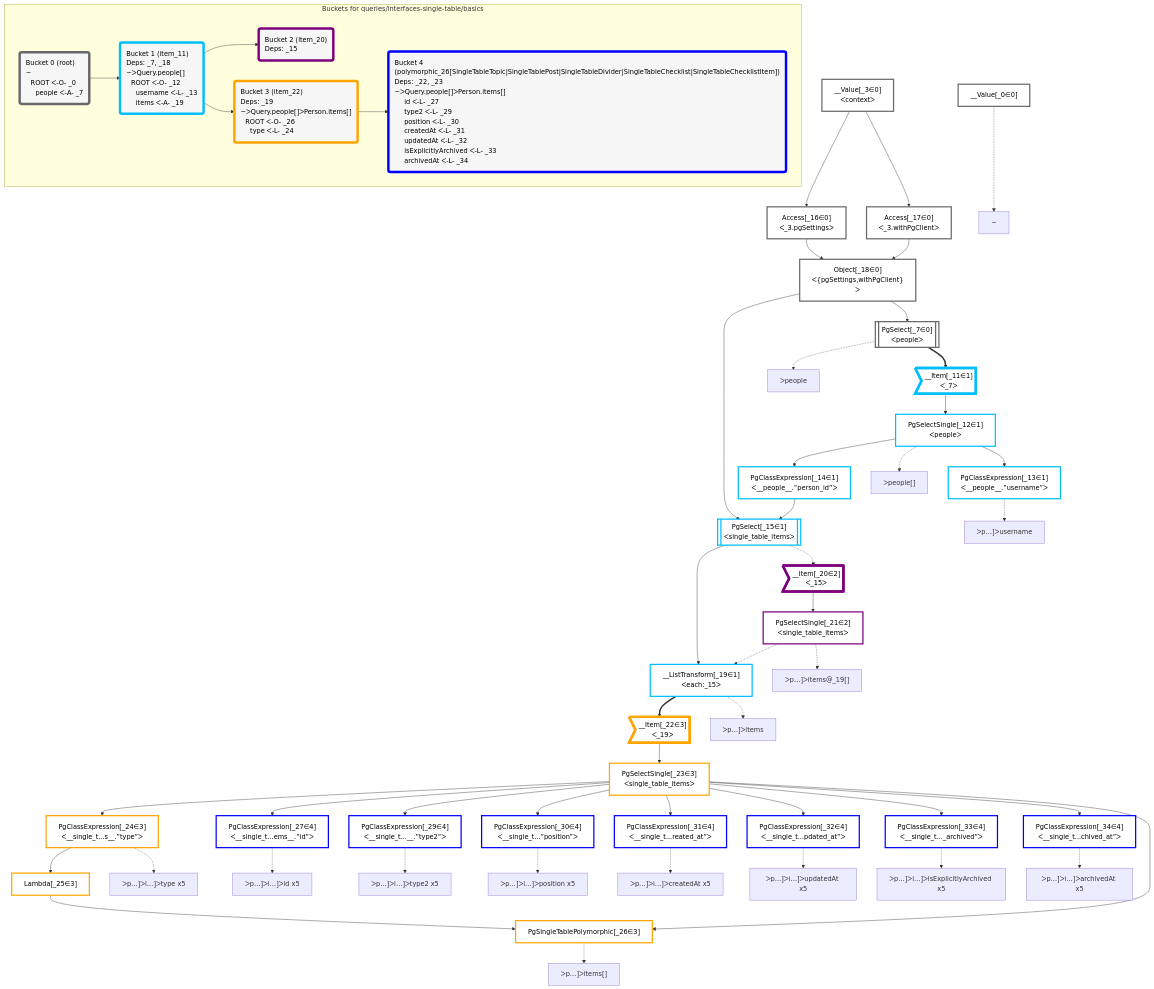
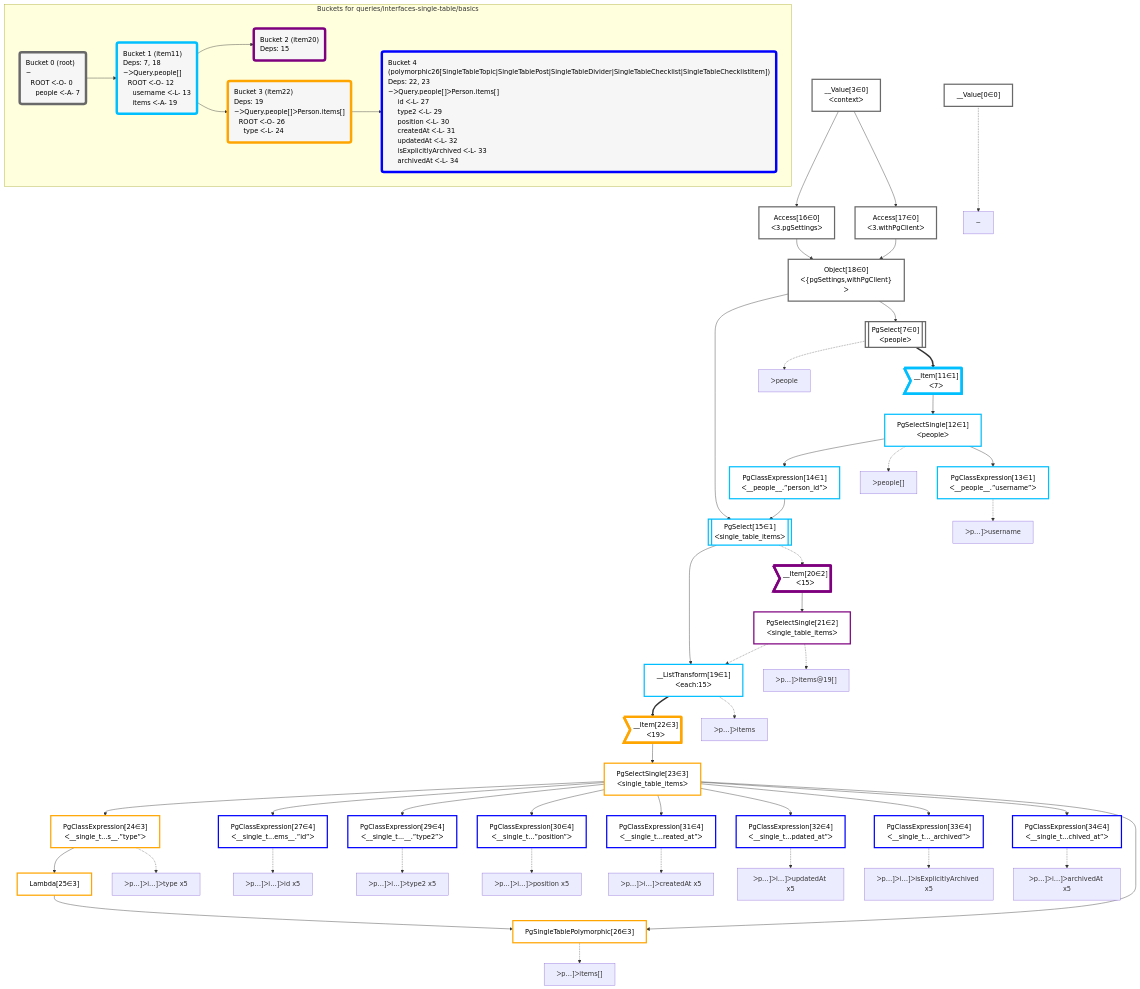
The diagram in packages/dataplan-pg/__tests__/queries/interfaces-single-table/basics.deopt.mermaid.md (graphile/crystal), drawn with Mermaid before and after one commit. The commit also changed 195 other files, not shown here.

```diff
--- a/packages/dataplan-pg/__tests__/queries/interfaces-single-table/basics.deopt.mermaid.md
+++ b/packages/dataplan-pg/__tests__/queries/interfaces-single-table/basics.deopt.mermaid.md
@@ -8,108 +8,108 @@
 
 
     %% define plans
-    __Value_0["__Value[_0∈0]"]:::plan
-    PgClassExpression_13["PgClassExpression[_13∈1]<br />ᐸ__people__.”username”ᐳ"]:::plan
-    PgSingleTablePolymorphic_26["PgSingleTablePolymorphic[_26∈3]"]:::plan
-    Lambda_25["Lambda[_25∈3]"]:::plan
-    PgClassExpression_24["PgClassExpression[_24∈3]<br />ᐸ__single_t...s__.”type”ᐳ"]:::plan
-    PgClassExpression_27["PgClassExpression[_27∈4]<br />ᐸ__single_t...ems__.”id”ᐳ"]:::plan
-    PgClassExpression_29["PgClassExpression[_29∈4]<br />ᐸ__single_t...__.”type2”ᐳ"]:::plan
-    PgClassExpression_30["PgClassExpression[_30∈4]<br />ᐸ__single_t...”position”ᐳ"]:::plan
-    PgClassExpression_31["PgClassExpression[_31∈4]<br />ᐸ__single_t...reated_at”ᐳ"]:::plan
-    PgClassExpression_32["PgClassExpression[_32∈4]<br />ᐸ__single_t...pdated_at”ᐳ"]:::plan
-    PgClassExpression_33["PgClassExpression[_33∈4]<br />ᐸ__single_t..._archived”ᐳ"]:::plan
-    PgClassExpression_34["PgClassExpression[_34∈4]<br />ᐸ__single_t...chived_at”ᐳ"]:::plan
-    PgSelectSingle_23["PgSelectSingle[_23∈3]<br />ᐸsingle_table_itemsᐳ"]:::plan
-    __Item_22>"__Item[_22∈3]<br />ᐸ_19ᐳ"]:::itemplan
-    __ListTransform_19["__ListTransform[_19∈1]<br />ᐸeach:_15ᐳ"]:::plan
-    PgSelectSingle_21["PgSelectSingle[_21∈2]<br />ᐸsingle_table_itemsᐳ"]:::plan
-    __Item_20>"__Item[_20∈2]<br />ᐸ_15ᐳ"]:::itemplan
-    PgSelect_15[["PgSelect[_15∈1]<br />ᐸsingle_table_itemsᐳ"]]:::plan
-    PgClassExpression_14["PgClassExpression[_14∈1]<br />ᐸ__people__.”person_id”ᐳ"]:::plan
-    PgSelectSingle_12["PgSelectSingle[_12∈1]<br />ᐸpeopleᐳ"]:::plan
-    __Item_11>"__Item[_11∈1]<br />ᐸ_7ᐳ"]:::itemplan
-    PgSelect_7[["PgSelect[_7∈0]<br />ᐸpeopleᐳ"]]:::plan
-    Object_18["Object[_18∈0]<br />ᐸ{pgSettings,withPgClient}ᐳ"]:::plan
-    Access_16["Access[_16∈0]<br />ᐸ_3.pgSettingsᐳ"]:::plan
-    Access_17["Access[_17∈0]<br />ᐸ_3.withPgClientᐳ"]:::plan
-    __Value_3["__Value[_3∈0]<br />ᐸcontextᐳ"]:::plan
+    __Value0["__Value[0∈0]"]:::plan
+    PgClassExpression13["PgClassExpression[13∈1]<br />ᐸ__people__.”username”ᐳ"]:::plan
+    PgSingleTablePolymorphic26["PgSingleTablePolymorphic[26∈3]"]:::plan
+    Lambda25["Lambda[25∈3]"]:::plan
+    PgClassExpression24["PgClassExpression[24∈3]<br />ᐸ__single_t...s__.”type”ᐳ"]:::plan
+    PgClassExpression27["PgClassExpression[27∈4]<br />ᐸ__single_t...ems__.”id”ᐳ"]:::plan
+    PgClassExpression29["PgClassExpression[29∈4]<br />ᐸ__single_t...__.”type2”ᐳ"]:::plan
+    PgClassExpression30["PgClassExpression[30∈4]<br />ᐸ__single_t...”position”ᐳ"]:::plan
+    PgClassExpression31["PgClassExpression[31∈4]<br />ᐸ__single_t...reated_at”ᐳ"]:::plan
+    PgClassExpression32["PgClassExpression[32∈4]<br />ᐸ__single_t...pdated_at”ᐳ"]:::plan
+    PgClassExpression33["PgClassExpression[33∈4]<br />ᐸ__single_t..._archived”ᐳ"]:::plan
+    PgClassExpression34["PgClassExpression[34∈4]<br />ᐸ__single_t...chived_at”ᐳ"]:::plan
+    PgSelectSingle23["PgSelectSingle[23∈3]<br />ᐸsingle_table_itemsᐳ"]:::plan
+    __Item22>"__Item[22∈3]<br />ᐸ19ᐳ"]:::itemplan
+    __ListTransform19["__ListTransform[19∈1]<br />ᐸeach:15ᐳ"]:::plan
+    PgSelectSingle21["PgSelectSingle[21∈2]<br />ᐸsingle_table_itemsᐳ"]:::plan
+    __Item20>"__Item[20∈2]<br />ᐸ15ᐳ"]:::itemplan
+    PgSelect15[["PgSelect[15∈1]<br />ᐸsingle_table_itemsᐳ"]]:::plan
+    PgClassExpression14["PgClassExpression[14∈1]<br />ᐸ__people__.”person_id”ᐳ"]:::plan
+    PgSelectSingle12["PgSelectSingle[12∈1]<br />ᐸpeopleᐳ"]:::plan
+    __Item11>"__Item[11∈1]<br />ᐸ7ᐳ"]:::itemplan
+    PgSelect7[["PgSelect[7∈0]<br />ᐸpeopleᐳ"]]:::plan
+    Object18["Object[18∈0]<br />ᐸ{pgSettings,withPgClient}ᐳ"]:::plan
+    Access16["Access[16∈0]<br />ᐸ3.pgSettingsᐳ"]:::plan
+    Access17["Access[17∈0]<br />ᐸ3.withPgClientᐳ"]:::plan
+    __Value3["__Value[3∈0]<br />ᐸcontextᐳ"]:::plan
 
     %% plan dependencies
-    PgSelectSingle_12 --> PgClassExpression_13
-    Lambda_25 & PgSelectSingle_23 --> PgSingleTablePolymorphic_26
-    PgClassExpression_24 --> Lambda_25
-    PgSelectSingle_23 --> PgClassExpression_24
-    PgSelectSingle_23 --> PgClassExpression_27
-    PgSelectSingle_23 --> PgClassExpression_29
-    PgSelectSingle_23 --> PgClassExpression_30
-    PgSelectSingle_23 --> PgClassExpression_31
-    PgSelectSingle_23 --> PgClassExpression_32
-    PgSelectSingle_23 --> PgClassExpression_33
-    PgSelectSingle_23 --> PgClassExpression_34
-    __Item_22 --> PgSelectSingle_23
-    __ListTransform_19 ==> __Item_22
-    PgSelect_15 --> __ListTransform_19
-    PgSelectSingle_21 -.-> __ListTransform_19
-    __Item_20 --> PgSelectSingle_21
-    PgSelect_15 -.-> __Item_20
-    Object_18 & PgClassExpression_14 --> PgSelect_15
-    PgSelectSingle_12 --> PgClassExpression_14
-    __Item_11 --> PgSelectSingle_12
-    PgSelect_7 ==> __Item_11
-    Object_18 --> PgSelect_7
-    Access_16 & Access_17 --> Object_18
-    __Value_3 --> Access_16
-    __Value_3 --> Access_17
+    PgSelectSingle12 --> PgClassExpression13
+    Lambda25 & PgSelectSingle23 --> PgSingleTablePolymorphic26
+    PgClassExpression24 --> Lambda25
+    PgSelectSingle23 --> PgClassExpression24
+    PgSelectSingle23 --> PgClassExpression27
+    PgSelectSingle23 --> PgClassExpression29
+    PgSelectSingle23 --> PgClassExpression30
+    PgSelectSingle23 --> PgClassExpression31
+    PgSelectSingle23 --> PgClassExpression32
+    PgSelectSingle23 --> PgClassExpression33
+    PgSelectSingle23 --> PgClassExpression34
+    __Item22 --> PgSelectSingle23
+    __ListTransform19 ==> __Item22
+    PgSelect15 --> __ListTransform19
+    PgSelectSingle21 -.-> __ListTransform19
+    __Item20 --> PgSelectSingle21
+    PgSelect15 -.-> __Item20
+    Object18 & PgClassExpression14 --> PgSelect15
+    PgSelectSingle12 --> PgClassExpression14
+    __Item11 --> PgSelectSingle12
+    PgSelect7 ==> __Item11
+    Object18 --> PgSelect7
+    Access16 & Access17 --> Object18
+    __Value3 --> Access16
+    __Value3 --> Access17
 
     %% plan-to-path relationships
-    P_0["~"]
-    __Value_0 -.-> P_0
-    P_7["ᐳpeople"]
-    PgSelect_7 -.-> P_7
-    P_12["ᐳpeople[]"]
-    PgSelectSingle_12 -.-> P_12
-    P_13["ᐳp…]ᐳusername"]
-    PgClassExpression_13 -.-> P_13
-    P_19["ᐳp…]ᐳitems"]
-    __ListTransform_19 -.-> P_19
-    P_21["ᐳp…]ᐳitems@_19[]"]
-    PgSelectSingle_21 -.-> P_21
-    P_24["ᐳp…]ᐳi…]ᐳtype x5"]
-    PgClassExpression_24 -.-> P_24
-    P_26["ᐳp…]ᐳitems[]"]
-    PgSingleTablePolymorphic_26 -.-> P_26
-    P_27["ᐳp…]ᐳi…]ᐳid x5"]
-    PgClassExpression_27 -.-> P_27
-    P_29["ᐳp…]ᐳi…]ᐳtype2 x5"]
-    PgClassExpression_29 -.-> P_29
-    P_30["ᐳp…]ᐳi…]ᐳposition x5"]
-    PgClassExpression_30 -.-> P_30
-    P_31["ᐳp…]ᐳi…]ᐳcreatedAt x5"]
-    PgClassExpression_31 -.-> P_31
-    P_32["ᐳp…]ᐳi…]ᐳupdatedAt x5"]
-    PgClassExpression_32 -.-> P_32
-    P_33["ᐳp…]ᐳi…]ᐳisExplicitlyArchived x5"]
-    PgClassExpression_33 -.-> P_33
-    P_34["ᐳp…]ᐳi…]ᐳarchivedAt x5"]
-    PgClassExpression_34 -.-> P_34
+    P0["~"]
+    __Value0 -.-> P0
+    P7["ᐳpeople"]
+    PgSelect7 -.-> P7
+    P12["ᐳpeople[]"]
+    PgSelectSingle12 -.-> P12
+    P13["ᐳp…]ᐳusername"]
+    PgClassExpression13 -.-> P13
+    P19["ᐳp…]ᐳitems"]
+    __ListTransform19 -.-> P19
+    P21["ᐳp…]ᐳitems@19[]"]
+    PgSelectSingle21 -.-> P21
+    P24["ᐳp…]ᐳi…]ᐳtype x5"]
+    PgClassExpression24 -.-> P24
+    P26["ᐳp…]ᐳitems[]"]
+    PgSingleTablePolymorphic26 -.-> P26
+    P27["ᐳp…]ᐳi…]ᐳid x5"]
+    PgClassExpression27 -.-> P27
+    P29["ᐳp…]ᐳi…]ᐳtype2 x5"]
+    PgClassExpression29 -.-> P29
+    P30["ᐳp…]ᐳi…]ᐳposition x5"]
+    PgClassExpression30 -.-> P30
+    P31["ᐳp…]ᐳi…]ᐳcreatedAt x5"]
+    PgClassExpression31 -.-> P31
+    P32["ᐳp…]ᐳi…]ᐳupdatedAt x5"]
+    PgClassExpression32 -.-> P32
+    P33["ᐳp…]ᐳi…]ᐳisExplicitlyArchived x5"]
+    PgClassExpression33 -.-> P33
+    P34["ᐳp…]ᐳi…]ᐳarchivedAt x5"]
+    PgClassExpression34 -.-> P34
 
     subgraph "Buckets for queries/interfaces-single-table/basics"
-    Bucket0("Bucket 0 (root)<br />~<br />⠀ROOT ᐸ-O- _0<br />⠀⠀people ᐸ-A- _7"):::bucket
+    Bucket0("Bucket 0 (root)<br />~<br />⠀ROOT ᐸ-O- 0<br />⠀⠀people ᐸ-A- 7"):::bucket
     classDef bucket0 stroke:#696969
-    class Bucket0,__Value_0,__Value_3,PgSelect_7,Access_16,Access_17,Object_18 bucket0
-    Bucket1("Bucket 1 (item_11)<br />Deps: _7, _18<br />~ᐳQuery.people[]<br />⠀ROOT ᐸ-O- _12<br />⠀⠀username ᐸ-L- _13<br />⠀⠀items ᐸ-A- _19"):::bucket
+    class Bucket0,__Value0,__Value3,PgSelect7,Access16,Access17,Object18 bucket0
+    Bucket1("Bucket 1 (item11)<br />Deps: 7, 18<br />~ᐳQuery.people[]<br />⠀ROOT ᐸ-O- 12<br />⠀⠀username ᐸ-L- 13<br />⠀⠀items ᐸ-A- 19"):::bucket
     classDef bucket1 stroke:#00bfff
-    class Bucket1,__Item_11,PgSelectSingle_12,PgClassExpression_13,PgClassExpression_14,PgSelect_15,__ListTransform_19 bucket1
-    Bucket2("Bucket 2 (item_20)<br />Deps: _15"):::bucket
+    class Bucket1,__Item11,PgSelectSingle12,PgClassExpression13,PgClassExpression14,PgSelect15,__ListTransform19 bucket1
+    Bucket2("Bucket 2 (item20)<br />Deps: 15"):::bucket
     classDef bucket2 stroke:#7f007f
-    class Bucket2,__Item_20,PgSelectSingle_21 bucket2
-    Bucket3("Bucket 3 (item_22)<br />Deps: _19<br />~ᐳQuery.people[]ᐳPerson.items[]<br />⠀ROOT ᐸ-O- _26<br />⠀⠀type ᐸ-L- _24"):::bucket
+    class Bucket2,__Item20,PgSelectSingle21 bucket2
+    Bucket3("Bucket 3 (item22)<br />Deps: 19<br />~ᐳQuery.people[]ᐳPerson.items[]<br />⠀ROOT ᐸ-O- 26<br />⠀⠀type ᐸ-L- 24"):::bucket
     classDef bucket3 stroke:#ffa500
-    class Bucket3,__Item_22,PgSelectSingle_23,PgClassExpression_24,Lambda_25,PgSingleTablePolymorphic_26 bucket3
-    Bucket4("Bucket 4 (polymorphic_26[SingleTableTopic|SingleTablePost|SingleTableDivider|SingleTableChecklist|SingleTableChecklistItem])<br />Deps: _22, _23<br />~ᐳQuery.people[]ᐳPerson.items[]<br />⠀⠀id ᐸ-L- _27<br />⠀⠀type2 ᐸ-L- _29<br />⠀⠀position ᐸ-L- _30<br />⠀⠀createdAt ᐸ-L- _31<br />⠀⠀updatedAt ᐸ-L- _32<br />⠀⠀isExplicitlyArchived ᐸ-L- _33<br />⠀⠀archivedAt ᐸ-L- _34"):::bucket
+    class Bucket3,__Item22,PgSelectSingle23,PgClassExpression24,Lambda25,PgSingleTablePolymorphic26 bucket3
+    Bucket4("Bucket 4 (polymorphic26[SingleTableTopic|SingleTablePost|SingleTableDivider|SingleTableChecklist|SingleTableChecklistItem])<br />Deps: 22, 23<br />~ᐳQuery.people[]ᐳPerson.items[]<br />⠀⠀id ᐸ-L- 27<br />⠀⠀type2 ᐸ-L- 29<br />⠀⠀position ᐸ-L- 30<br />⠀⠀createdAt ᐸ-L- 31<br />⠀⠀updatedAt ᐸ-L- 32<br />⠀⠀isExplicitlyArchived ᐸ-L- 33<br />⠀⠀archivedAt ᐸ-L- 34"):::bucket
     classDef bucket4 stroke:#0000ff
-    class Bucket4,PgClassExpression_27,PgClassExpression_29,PgClassExpression_30,PgClassExpression_31,PgClassExpression_32,PgClassExpression_33,PgClassExpression_34 bucket4
+    class Bucket4,PgClassExpression27,PgClassExpression29,PgClassExpression30,PgClassExpression31,PgClassExpression32,PgClassExpression33,PgClassExpression34 bucket4
     Bucket0 --> Bucket1
     Bucket1 --> Bucket2 & Bucket3
     Bucket3 --> Bucket4
```
